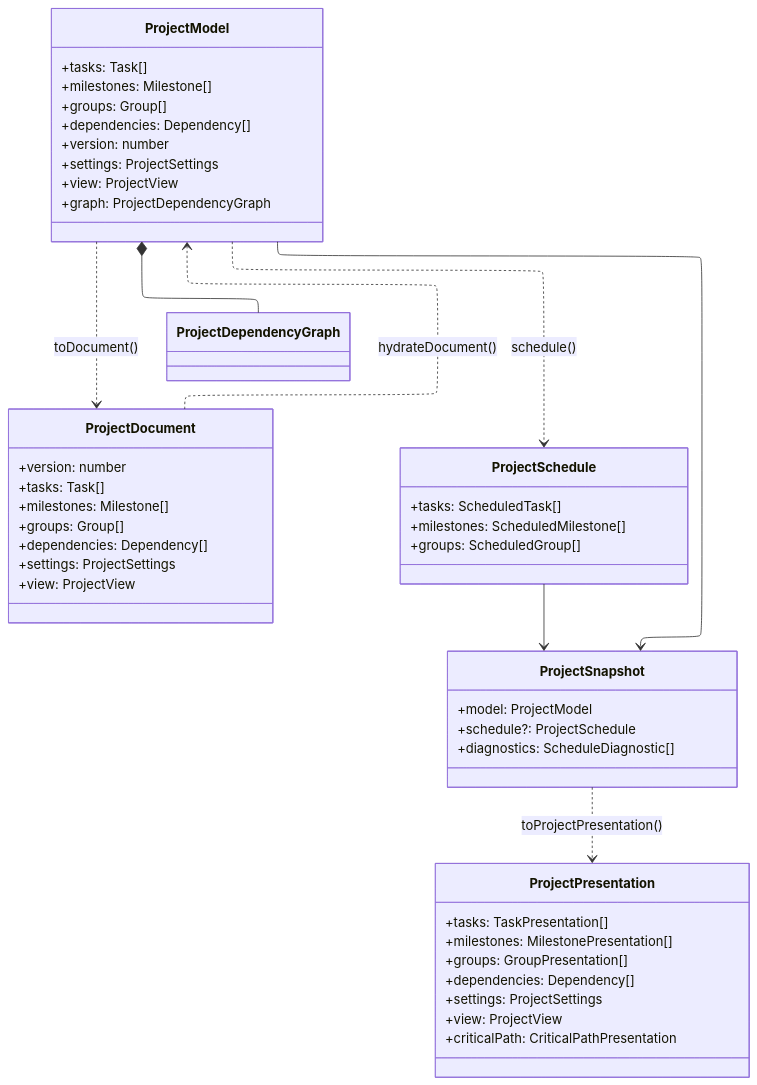
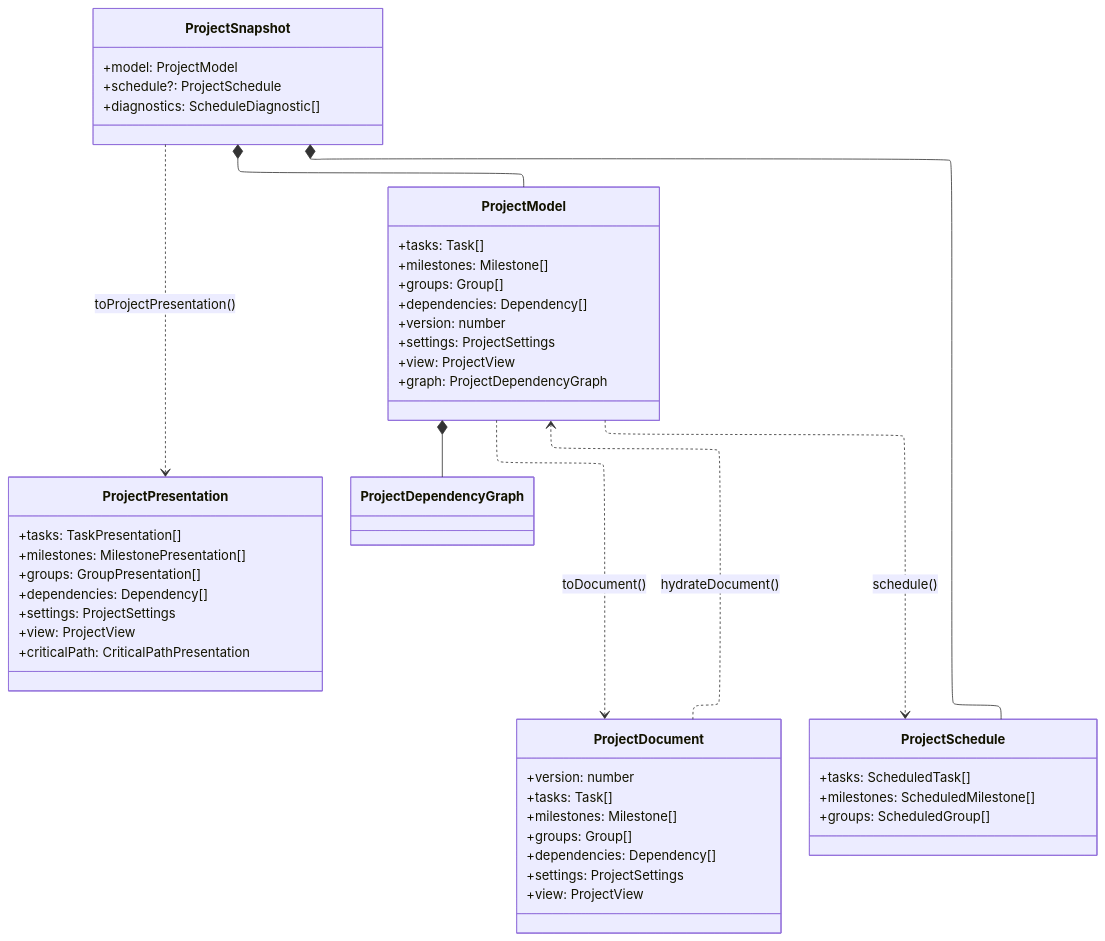
One commit to sergehas/ganttee changed the sixth of 6 diagrams in docs/documentation/gantt-model-hydration.md. Above: the diagram before and after it, drawn with Mermaid. The commit also changed other lines of this file, not shown here.

Commit message:
refactor(docs): simplify gantt model hydration flowchart

````diff
--- a/docs/documentation/gantt-model-hydration.md
+++ b/docs/documentation/gantt-model-hydration.md
@@ -263,59 +241,59 @@
 ```mermaid
 ---
 config:
   layout: elk
 ---
 classDiagram
     class ProjectDocument {
         +version: number
         +tasks: Task[]
         +milestones: Milestone[]
         +groups: Group[]
         +dependencies: Dependency[]
         +settings: ProjectSettings
         +view: ProjectView
     }
 
     class ProjectModel {
         +tasks: Task[]
         +milestones: Milestone[]
         +groups: Group[]
         +dependencies: Dependency[]
         +version: number
         +settings: ProjectSettings
         +view: ProjectView
         +graph: ProjectDependencyGraph
     }
 
     class ProjectSchedule {
         +tasks: ScheduledTask[]
         +milestones: ScheduledMilestone[]
         +groups: ScheduledGroup[]
     }
 
     class ProjectSnapshot {
         +model: ProjectModel
         +schedule?: ProjectSchedule
         +diagnostics: ScheduleDiagnostic[]
     }
 
     class ProjectPresentation {
         +tasks: TaskPresentation[]
         +milestones: MilestonePresentation[]
         +groups: GroupPresentation[]
         +dependencies: Dependency[]
         +settings: ProjectSettings
         +view: ProjectView
         +criticalPath: CriticalPathPresentation
     }
 
     class ProjectDependencyGraph
 
     ProjectDocument ..> ProjectModel : hydrateDocument()
     ProjectModel ..> ProjectDocument : toDocument()
     ProjectModel ..> ProjectSchedule : schedule()
-    ProjectModel --> ProjectSnapshot
-    ProjectSchedule --> ProjectSnapshot
+    ProjectSnapshot *-- ProjectModel
+    ProjectSnapshot *-- ProjectSchedule
     ProjectSnapshot ..> ProjectPresentation : toProjectPresentation()
     ProjectModel *-- ProjectDependencyGraph
 ```
````
